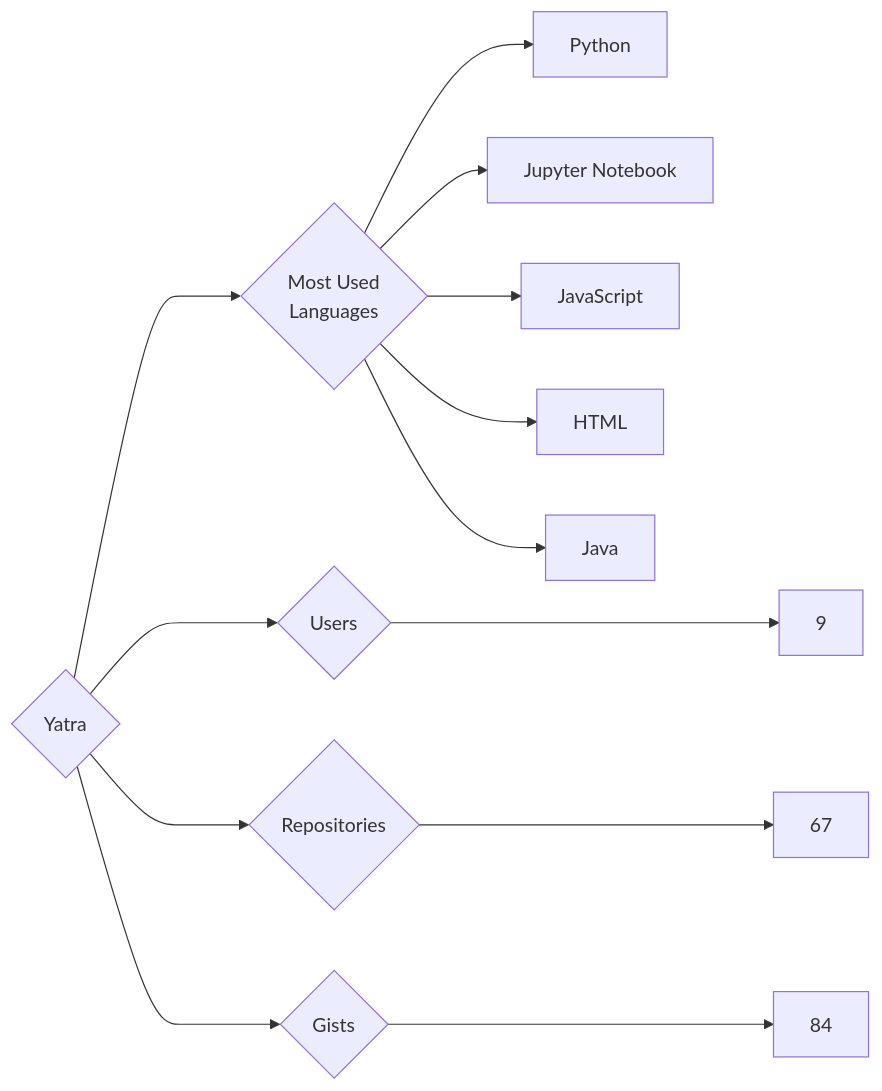
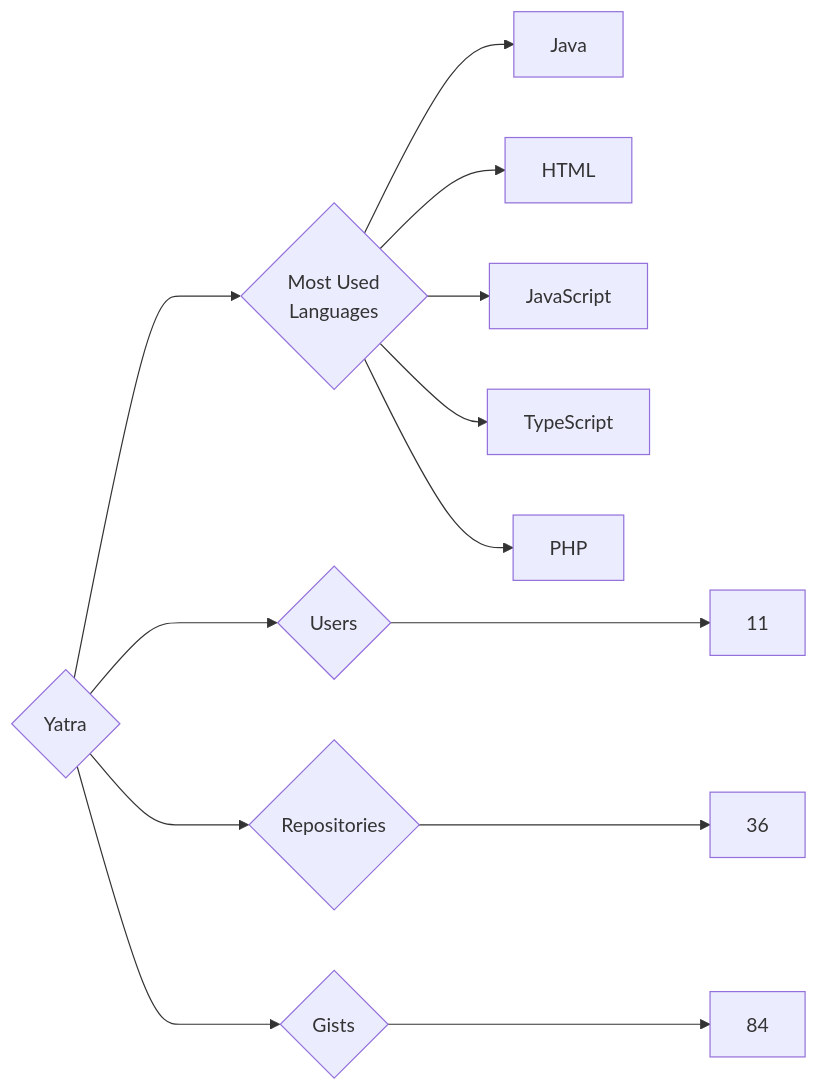
The diagram in targets/Yatra/README.md (trickest/insiders), drawn with Mermaid before and after one commit. The commit also changed 1479 other files, not shown here.

````diff
--- a/targets/Yatra/README.md
+++ b/targets/Yatra/README.md
@@ -3,13 +3,13 @@
 ```mermaid
 graph LR
 COMPANY_NAME{Yatra}
-COMPANY_NAME ---> U{Users} ---> UN[9]
-COMPANY_NAME ---> R{Repositories} ---> RN[67]
+COMPANY_NAME ---> U{Users} ---> UN[11]
+COMPANY_NAME ---> R{Repositories} ---> RN[36]
 COMPANY_NAME ---> G{Gists} ---> GN[84]
 COMPANY_NAME ---> ML{Most Used<br>Languages}
-ML --> Python[Python]
-ML --> Jupyter_Notebook[Jupyter Notebook]
+ML --> Java[Java]
+ML --> HTML[HTML]
 ML --> JavaScript[JavaScript]
-ML --> HTML[HTML]
-ML --> Java[Java]
+ML --> TypeScript[TypeScript]
+ML --> PHP[PHP]
 ```
````
